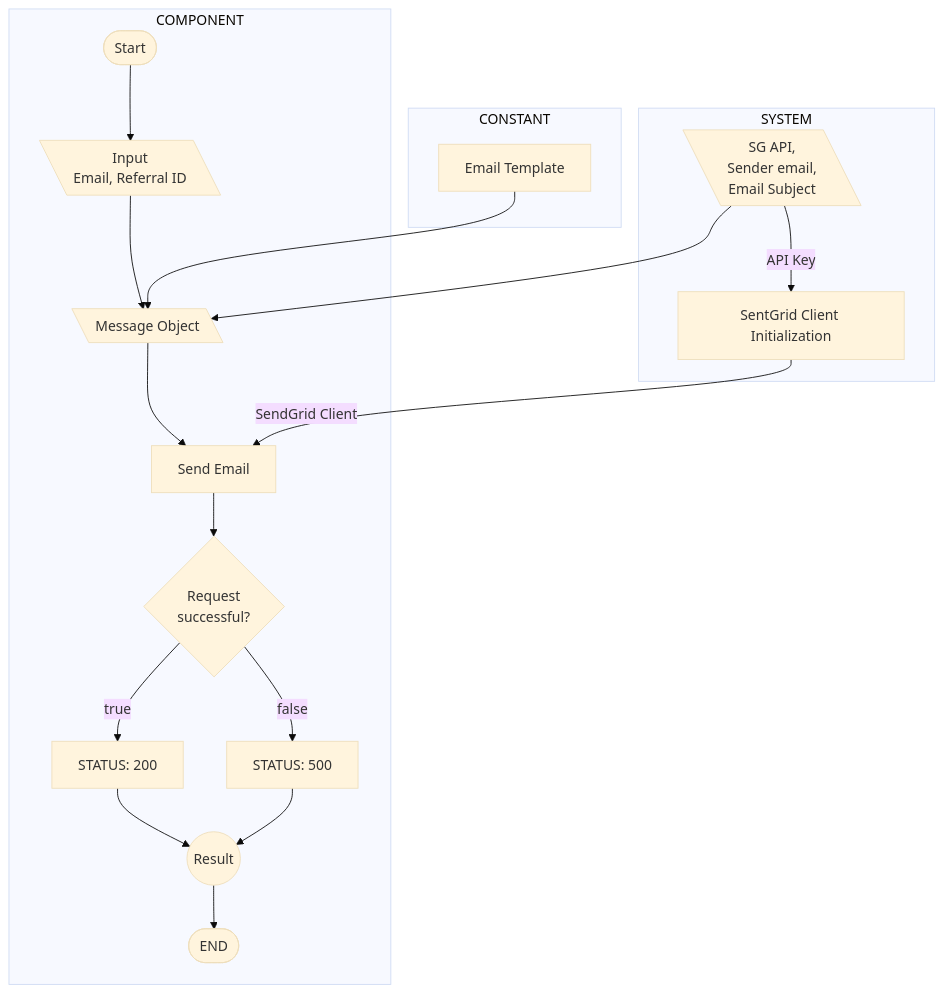
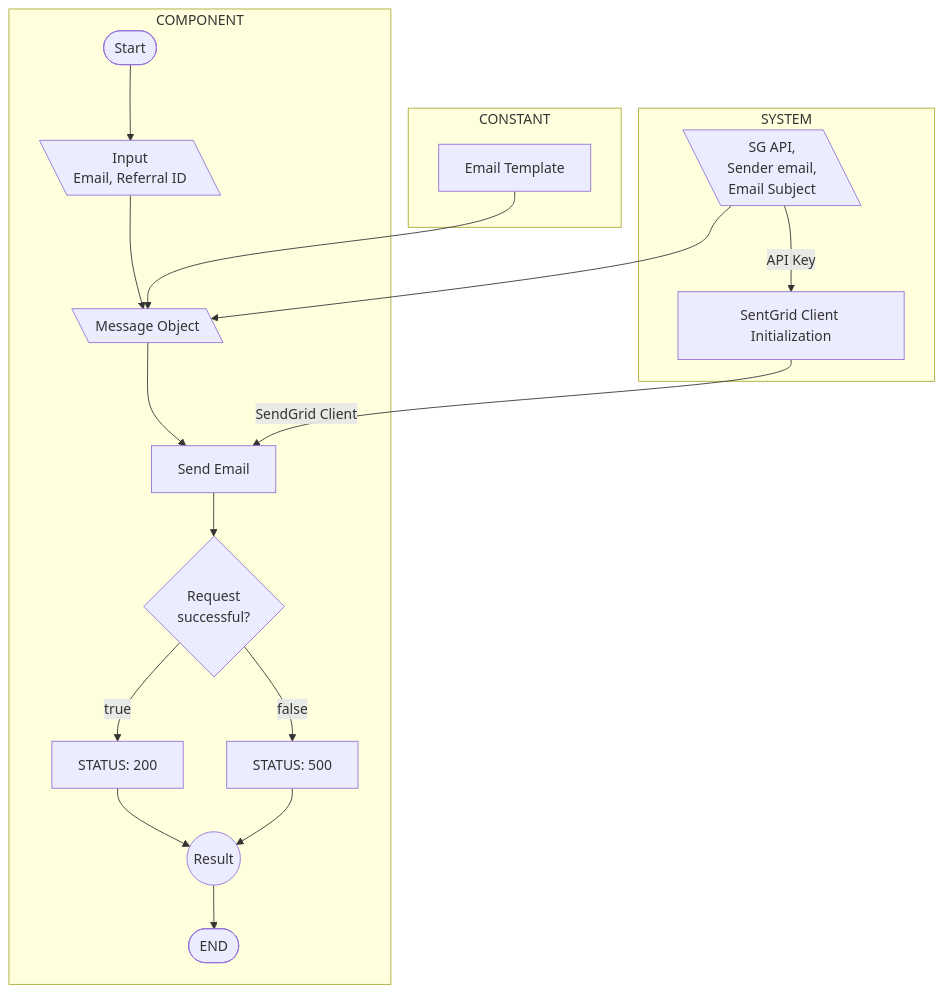
One commit to abutahermuhammad/Email-Sender changed the fifth of 5 diagrams in doc/HLD.MD. Above: the diagram before and after it, drawn with Mermaid. The commit also changed other lines of this file, not shown here.

````diff
--- a/doc/HLD.MD
+++ b/doc/HLD.MD
@@ -197,27 +194,26 @@
 ```mermaid
-%%{init: {'securityLevel': 'loose', 'theme':'base'}}%%
 flowchart TD
     subgraph COMPONENT
         S([Start]) --> FI[\Input\n Email, Referral ID\]
         FI --> MO[\Message Object\]
         MO --> SE[Send Email]
         SE --> SUCCESS{Request \nsuccessful?}
         SUCCESS --> |true| SR[STATUS: 200]
         SUCCESS --> |false| SW[STATUS: 500]
         SR --> E((Result))
         SW --> E((Result))
         E --> END([END])
 
     end
 
     subgraph SYSTEM
         ENV[\SG API,\n Sender email,\n Email Subject\] --> MO
         ENV --> |API Key| SGI[SentGrid Client Initialization]
         SGI --> |SendGrid Client| SE
     end
 
     subgraph CONSTANT
         ET[Email Template] --> MO
     end
 
 ```
````
